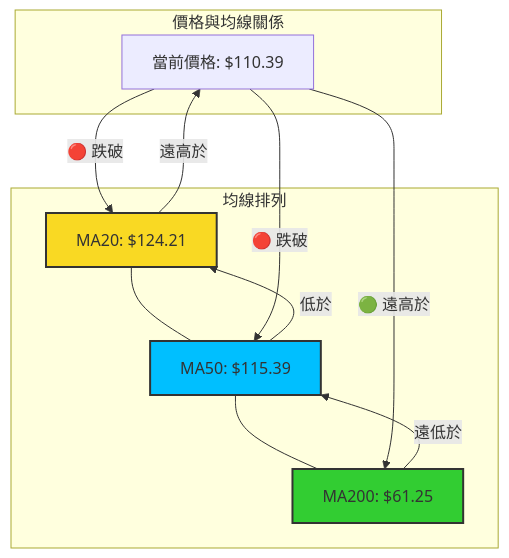
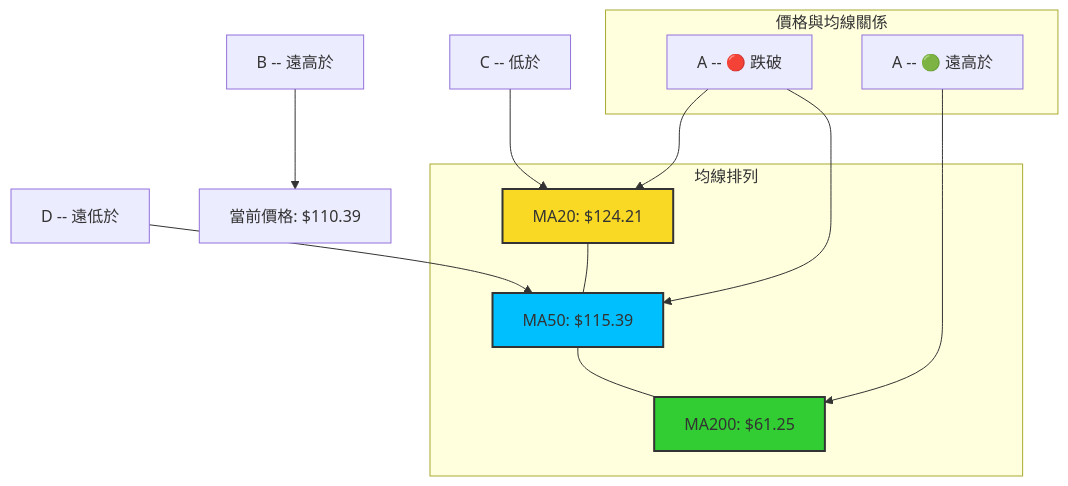
Before and after one commit to yennanliu/finance_data: the sixth of 9 diagrams in ai_gen_report/stock/intc/technical_analysis_2026-07-08_gemini.md, drawn with Mermaid. The commit also changed other lines of this file and 2258 other files, not shown here.

First line of the commit message:
chore: backfill Mermaid syntax repair across existing reports

````diff
--- a/ai_gen_report/stock/intc/technical_analysis_2026-07-08_gemini.md
+++ b/ai_gen_report/stock/intc/technical_analysis_2026-07-08_gemini.md
@@ -433,25 +433,25 @@
 ```mermaid
 graph TD
     A["當前價格: $110.39"]
     B["MA20: $124.21"]
     C["MA50: $115.39"]
     D["MA200: $61.25"]
 
-    D -- 遠低於 --> C
-    C -- 低於 --> B
-    B -- 遠高於 --> A
+    nb1["D -- 遠低於"] --> C
+    nb2["C -- 低於"] --> B
+    nb3["B -- 遠高於"] --> A
 
     subgraph 均線排列
         B --- C --- D
     end
 
     subgraph 價格與均線關係
-        A -- 🔴 跌破 --> B
-        A -- 🔴 跌破 --> C
-        A -- 🟢 遠高於 --> D
+        nb4["A -- 🔴 跌破"] --> B
+        nb4["A -- 🔴 跌破"] --> C
+        nb5["A -- 🟢 遠高於"] --> D
     end
 
     style B fill:#F9D923,stroke:#333,stroke-width:2px
     style C fill:#00BFFF,stroke:#333,stroke-width:2px
     style D fill:#32CD32,stroke:#333,stroke-width:2px
 ```
````
